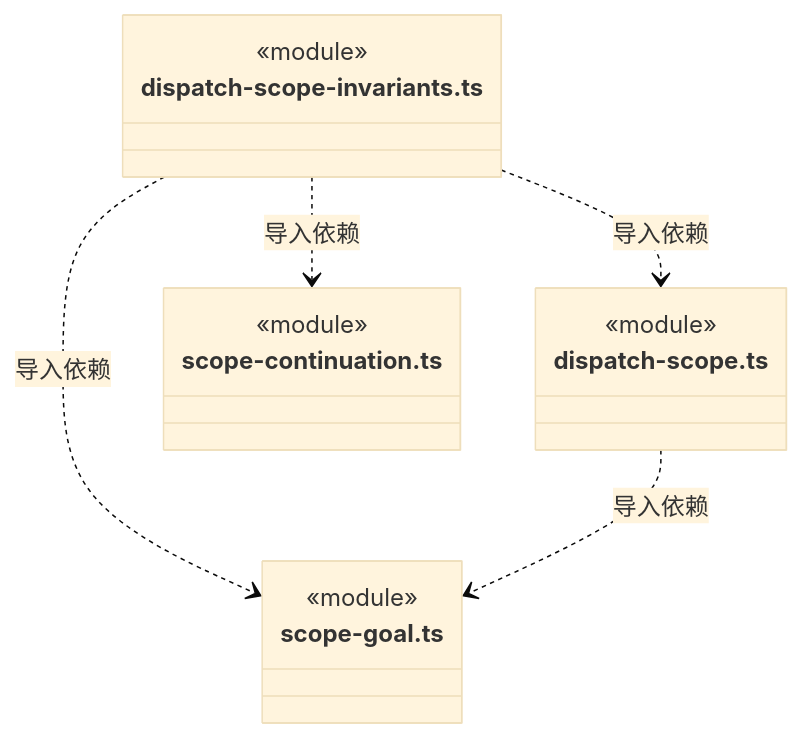
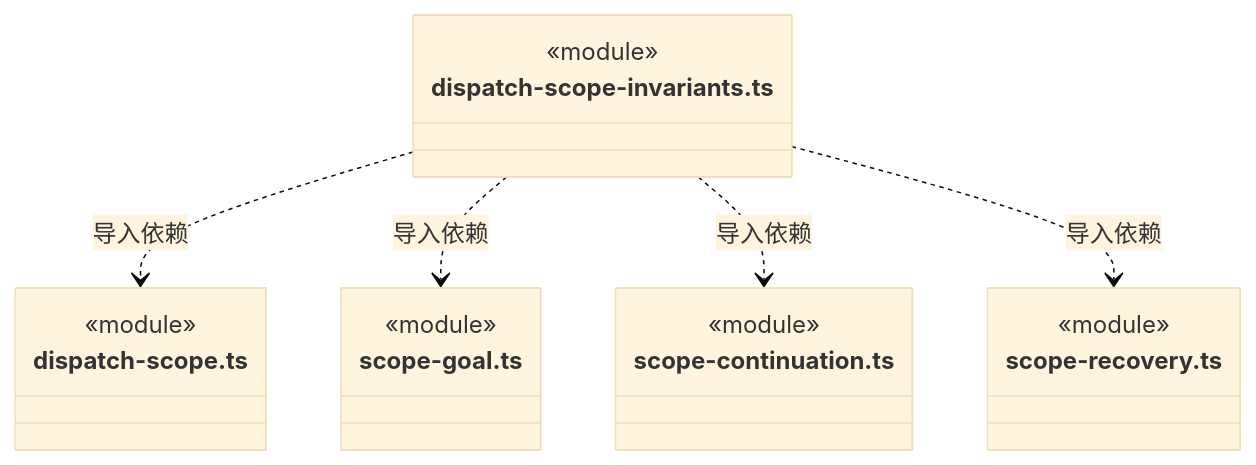
Before and after one commit to nan023062/cbim: diagram 41 of 50 in src/backend/core/tasks/ARCHITECTURE.md, drawn with Mermaid (base theme). The commit also changed other lines of this file and 65 other files, not shown here.

````diff
--- a/src/backend/core/tasks/ARCHITECTURE.md
+++ b/src/backend/core/tasks/ARCHITECTURE.md
@@ -1004,19 +1049,22 @@
 ```mermaid
 classDiagram
 class N_src_backend_core_tasks_dispatch_scope_invariants_ts["dispatch-scope-invariants.ts"] {
   <<module>>
 }
 class N_src_backend_core_tasks_dispatch_scope_ts["dispatch-scope.ts"] {
   <<module>>
 }
 class N_src_backend_core_tasks_scope_goal_ts["scope-goal.ts"] {
   <<module>>
 }
 class N_src_backend_core_tasks_scope_continuation_ts["scope-continuation.ts"] {
   <<module>>
 }
+class N_src_backend_core_tasks_scope_recovery_ts["scope-recovery.ts"] {
+  <<module>>
+}
 N_src_backend_core_tasks_dispatch_scope_invariants_ts ..> N_src_backend_core_tasks_dispatch_scope_ts : 导入依赖
 N_src_backend_core_tasks_dispatch_scope_invariants_ts ..> N_src_backend_core_tasks_scope_goal_ts : 导入依赖
 N_src_backend_core_tasks_dispatch_scope_invariants_ts ..> N_src_backend_core_tasks_scope_continuation_ts : 导入依赖
-N_src_backend_core_tasks_dispatch_scope_ts ..> N_src_backend_core_tasks_scope_goal_ts : 导入依赖
+N_src_backend_core_tasks_dispatch_scope_invariants_ts ..> N_src_backend_core_tasks_scope_recovery_ts : 导入依赖
 ```
````
